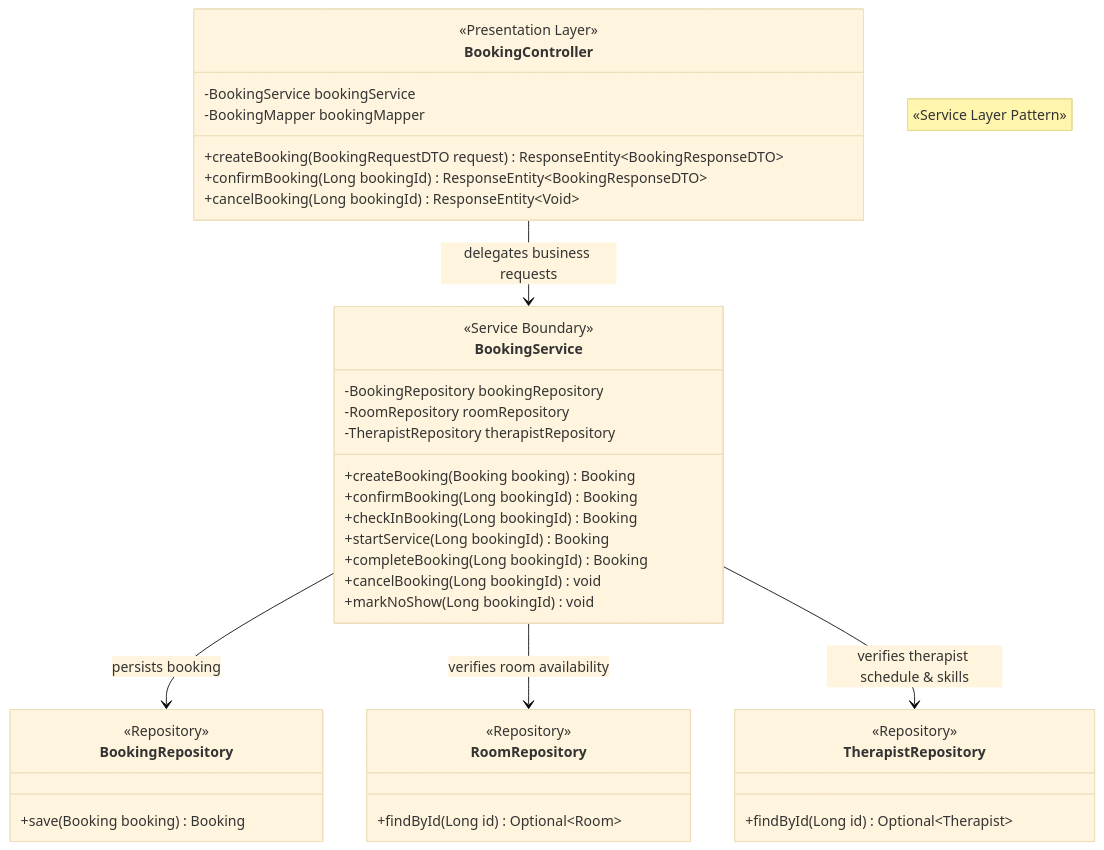
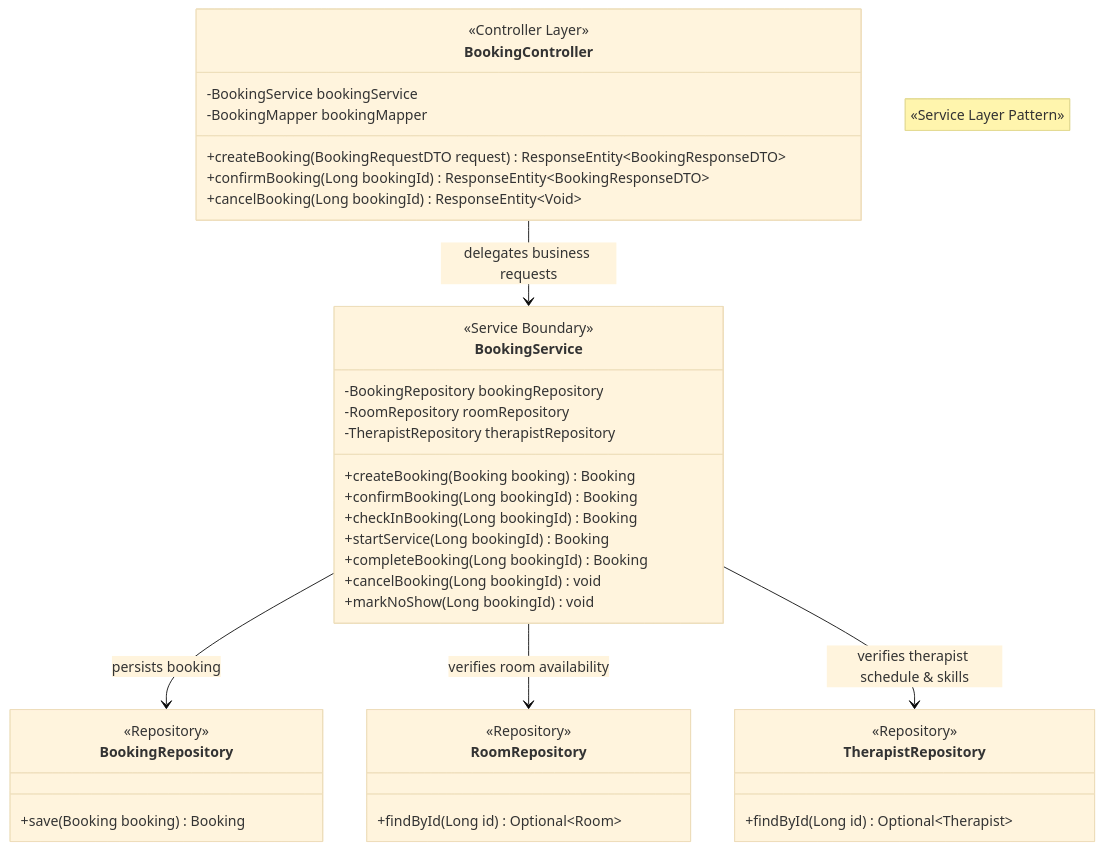
Before and after one commit to viphu-cs/FIWDEE-CP353002-69_1PrinciplesOfSoftwareDesign: the fourth of 9 diagrams in doc/design-patterns.md, drawn with Mermaid (base theme). The commit also changed other lines of this file and 61 other files, not shown here.

````diff
--- a/doc/design-patterns.md
+++ b/doc/design-patterns.md
@@ -256,48 +256,48 @@
 ```mermaid
 classDiagram
     note "«Service Layer Pattern»"
     direction TB
 
     class BookingController {
-        <<Presentation Layer>>
+        <<Controller Layer>>
         -BookingService bookingService
         -BookingMapper bookingMapper
         +createBooking(BookingRequestDTO request) ResponseEntity~BookingResponseDTO~
         +confirmBooking(Long bookingId) ResponseEntity~BookingResponseDTO~
         +cancelBooking(Long bookingId) ResponseEntity~Void~
     }
 
     class BookingService {
         <<Service Boundary>>
         -BookingRepository bookingRepository
         -RoomRepository roomRepository
         -TherapistRepository therapistRepository
         +createBooking(Booking booking) Booking
         +confirmBooking(Long bookingId) Booking
         +checkInBooking(Long bookingId) Booking
         +startService(Long bookingId) Booking
         +completeBooking(Long bookingId) Booking
         +cancelBooking(Long bookingId) void
         +markNoShow(Long bookingId) void
     }
 
     class BookingRepository {
         <<Repository>>
         +save(Booking booking) Booking
     }
 
     class RoomRepository {
         <<Repository>>
         +findById(Long id) Optional~Room~
     }
 
     class TherapistRepository {
         <<Repository>>
         +findById(Long id) Optional~Therapist~
     }
 
     BookingController --> BookingService : delegates business requests
     BookingService --> BookingRepository : persists booking
     BookingService --> RoomRepository : verifies room availability
     BookingService --> TherapistRepository : verifies therapist schedule & skills
 ```
````
